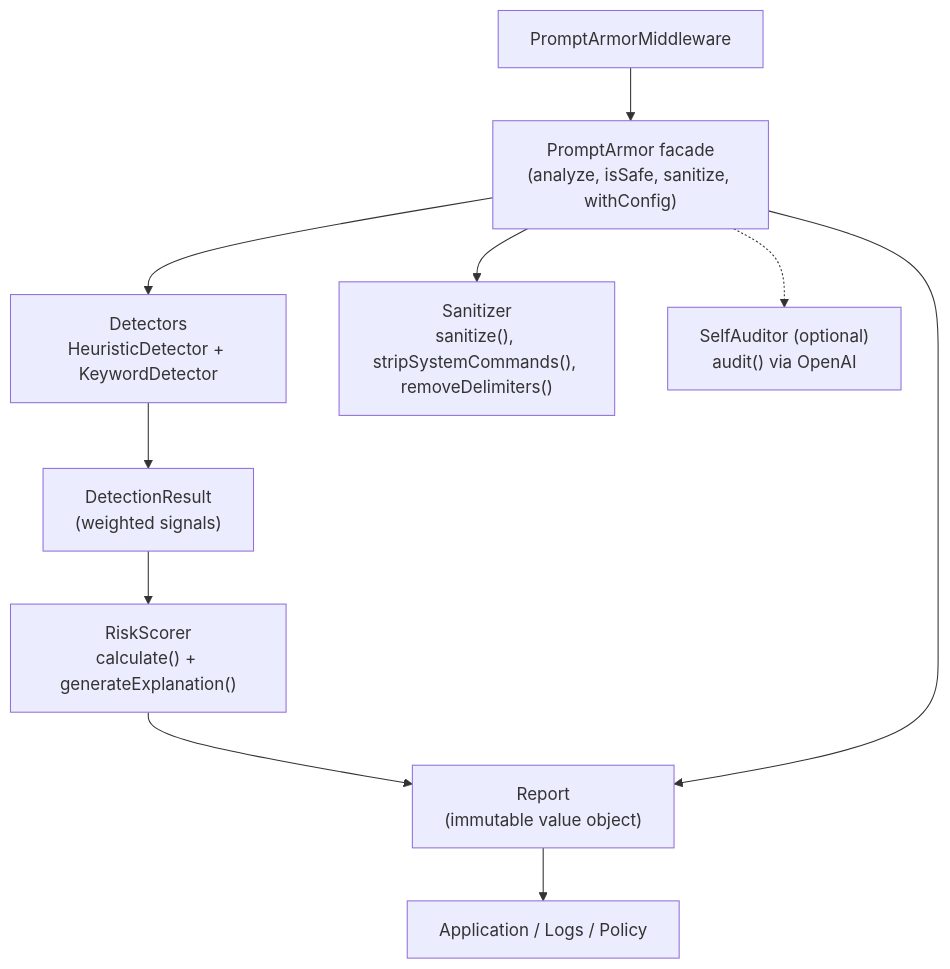
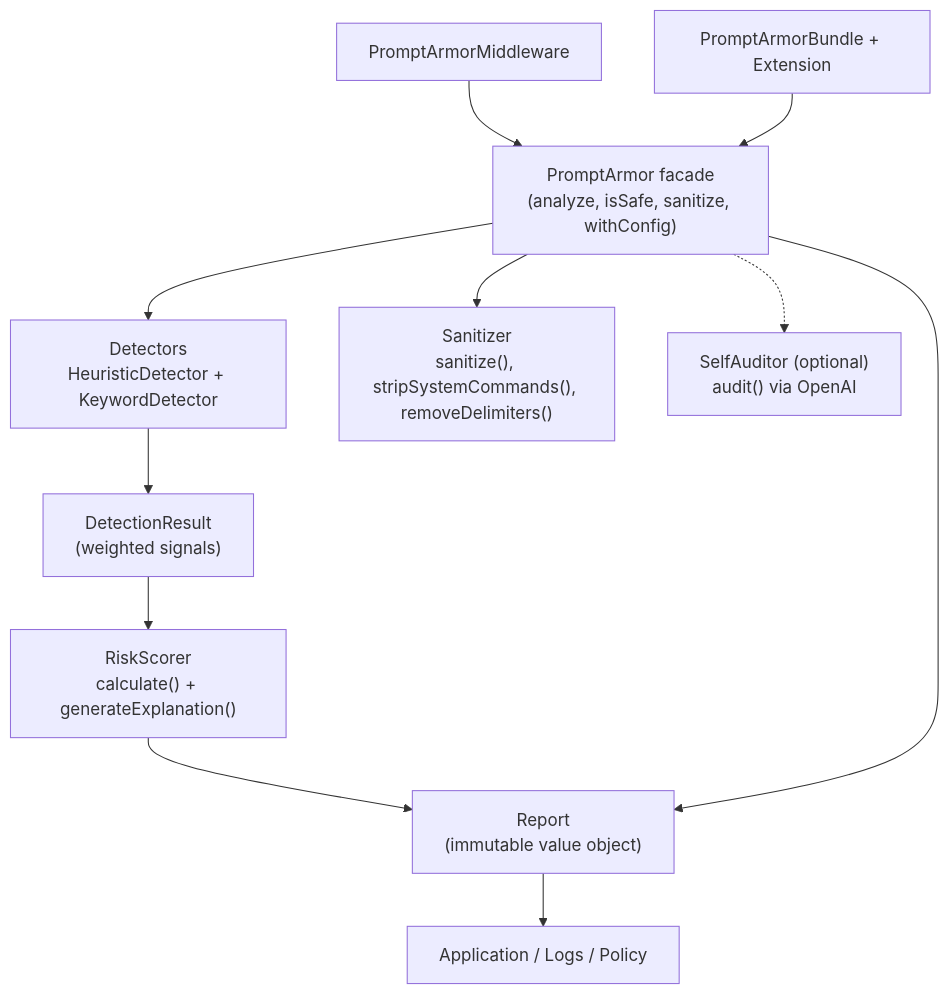
One commit to ajendras/prompt-armor changed the diagram in README.md. Above: the diagram before and after it, drawn with Mermaid. The commit also changed other lines of this file and 7 other files, not shown here.

Commit message:
feat(symfony): add bundle with service provider and config

````diff
--- a/README.md
+++ b/README.md
@@ -200,12 +251,13 @@
 ```mermaid
 flowchart TD
     PromptArmor["PromptArmor facade<br>(analyze, isSafe, sanitize, withConfig)"] --> Detectors["Detectors<br>HeuristicDetector + KeywordDetector"]
     Detectors --> DetectionResult["DetectionResult<br>(weighted signals)"]
     DetectionResult --> RiskScorer["RiskScorer<br>calculate() + generateExplanation()"]
     RiskScorer --> Report["Report<br>(immutable value object)"]
     PromptArmor --> Sanitizer["Sanitizer<br>sanitize(), stripSystemCommands(), removeDelimiters()"]
     PromptArmor -.-> SelfAuditor["SelfAuditor (optional)<br>audit() via OpenAI"]
     PromptArmor --> Report
     LaravelMiddleware["PromptArmorMiddleware"] --> PromptArmor
+    SymfonyBundle["PromptArmorBundle + Extension"] --> PromptArmor
     Report --> Consumer["Application / Logs / Policy"]
 ```
````
